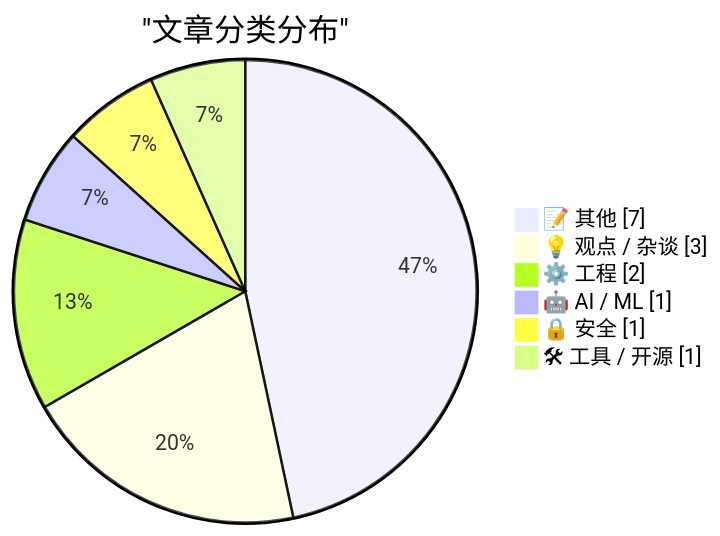
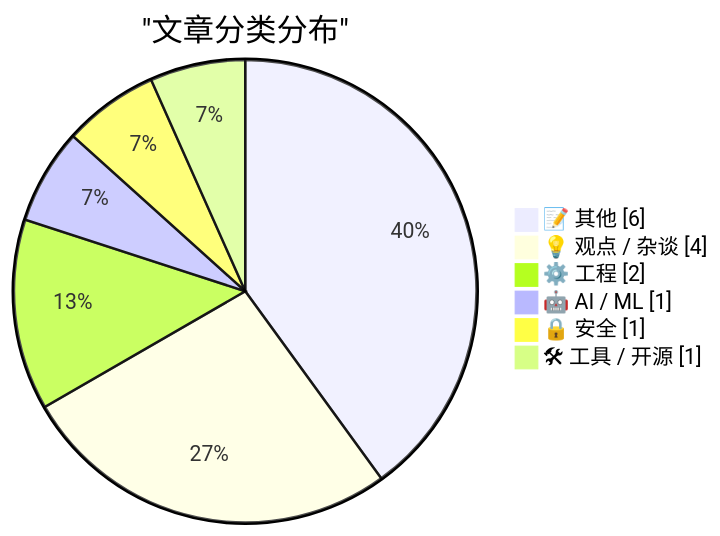
The first of 2 diagrams in content/digest_2026-06-26.md (SamhooXee/aidigest), drawn with Mermaid before and after one commit. The commit also changed other lines of this file, not shown here.

````diff
--- a/content/digest_2026-06-26.md
+++ b/content/digest_2026-06-26.md
@@ -53,10 +53,10 @@
 ```mermaid
 pie showData
     title "文章分类分布"
-    "📝 其他" : 7
-    "💡 观点 / 杂谈" : 3
+    "📝 其他" : 6
+    "💡 观点 / 杂谈" : 4
     "⚙️ 工程" : 2
     "🤖 AI / ML" : 1
     "🔒 安全" : 1
     "🛠 工具 / 开源" : 1
 ```
````
